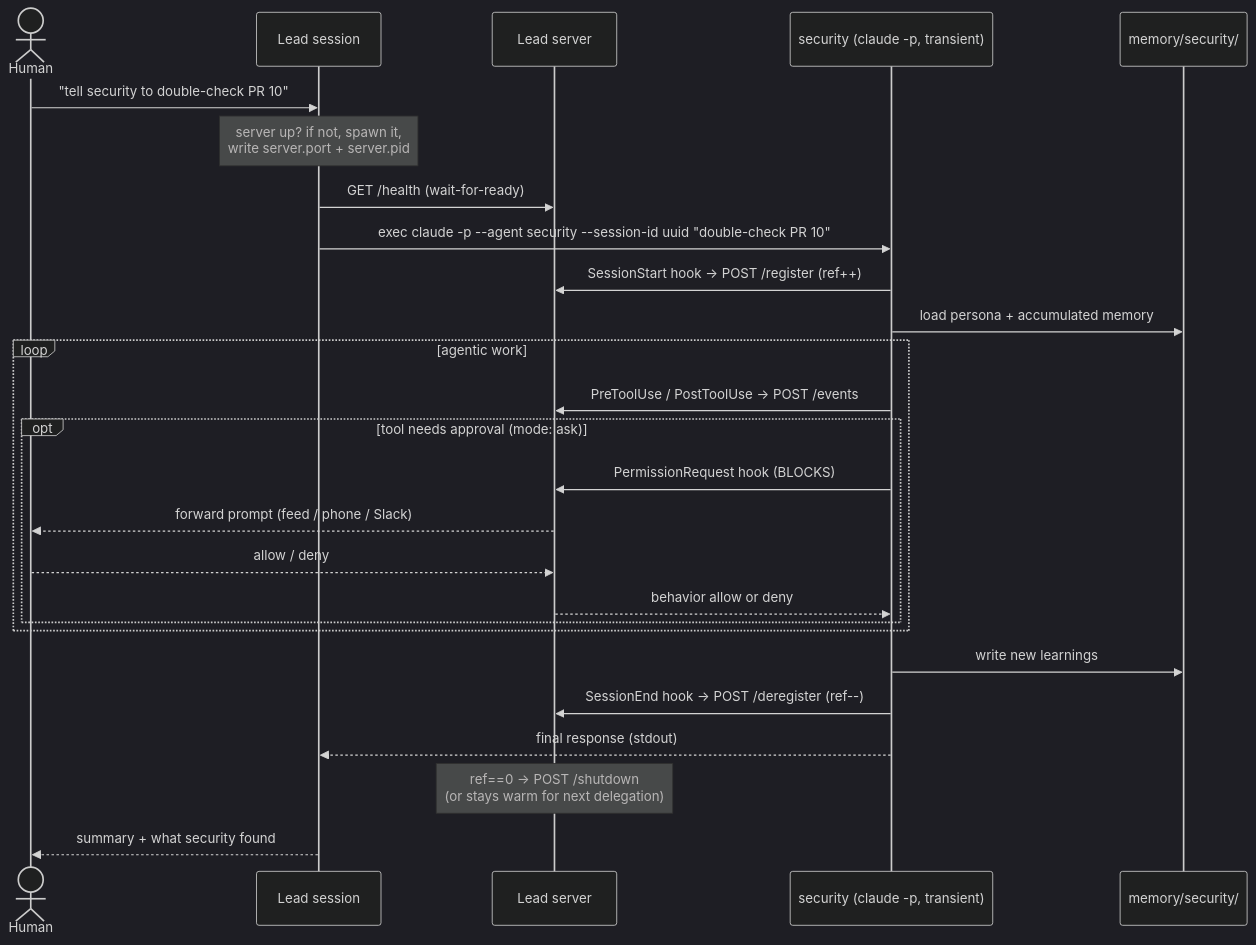
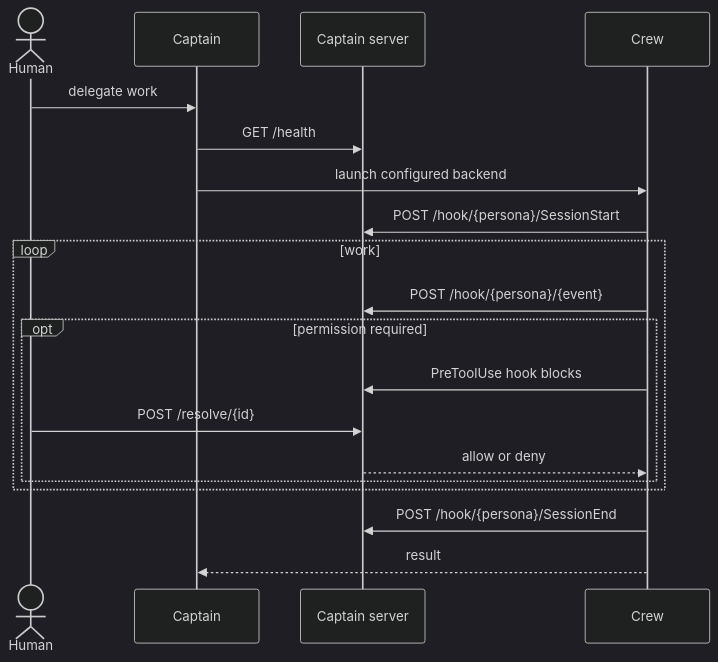
Before and after one commit to luthermonson/shipmates: the diagram in docs/diagrams/lifecycle.mmd, drawn with Mermaid (dark theme). The commit also changed 72 other files, not shown here.

```diff
--- a/docs/diagrams/lifecycle.mmd
+++ b/docs/diagrams/lifecycle.mmd
@@ -1,28 +1,20 @@
 sequenceDiagram
     actor Human
-    participant Lead as Lead session
-    participant Srv as Lead server
-    participant Crew as security (claude -p, transient)
-    participant Mem as memory/security/
+    participant Captain
+    participant Server as Captain server
+    participant Crew
 
-    Human->>Lead: "tell security to double-check PR 10"
-    Note over Lead: server up? if not, spawn it,<br/>write server.port + server.pid
-    Lead->>Srv: GET /health (wait-for-ready)
-    Lead->>Crew: exec claude -p --agent security --session-id uuid "double-check PR 10"
-
-    Crew->>Srv: SessionStart hook → POST /register (ref++)
-    Crew->>Mem: load persona + accumulated memory
-    loop agentic work
-        Crew->>Srv: PreToolUse / PostToolUse → POST /events
-        opt tool needs approval (mode: ask)
-            Crew->>Srv: PermissionRequest hook (BLOCKS)
-            Srv-->>Human: forward prompt (feed / phone / Slack)
-            Human-->>Srv: allow / deny
-            Srv-->>Crew: behavior allow or deny
+    Human->>Captain: delegate work
+    Captain->>Server: GET /health
+    Captain->>Crew: launch configured backend
+    Crew->>Server: POST /hook/{persona}/SessionStart
+    loop work
+        Crew->>Server: POST /hook/{persona}/{event}
+        opt permission required
+            Crew->>Server: PreToolUse hook blocks
+            Human->>Server: POST /resolve/{id}
+            Server-->>Crew: allow or deny
         end
     end
-    Crew->>Mem: write new learnings
-    Crew->>Srv: SessionEnd hook → POST /deregister (ref--)
-    Crew-->>Lead: final response (stdout)
-    Note over Srv: ref==0 → POST /shutdown<br/>(or stays warm for next delegation)
-    Lead-->>Human: summary + what security found
+    Crew->>Server: POST /hook/{persona}/SessionEnd
+    Crew-->>Captain: result
```
